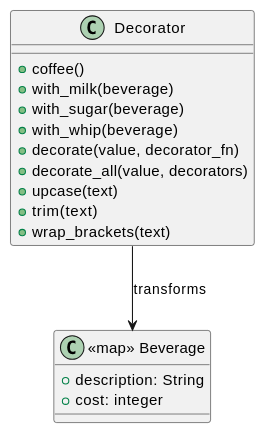
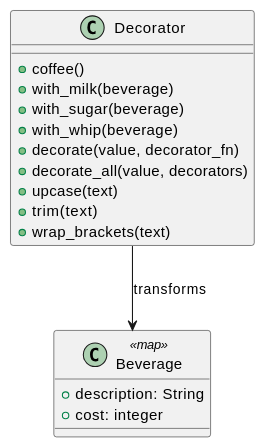
One commit to k2works/getting-started-design-pattern changed the diagram in docs/article/elixir/12-decorator.md. Above: the diagram before and after it, drawn with PlantUML. The commit also changed 73 other files, not shown here.

Commit message:
docs(article): PlantUML 表記と記事ナビゲーションを整理

````diff
--- a/docs/article/elixir/12-decorator.md
+++ b/docs/article/elixir/12-decorator.md
@@ -9,22 +9,22 @@
 ```plantuml
 @startuml
 class "Decorator" as D {
   + coffee()
   + with_milk(beverage)
   + with_sugar(beverage)
   + with_whip(beverage)
   + decorate(value, decorator_fn)
   + decorate_all(value, decorators)
   + upcase(text)
   + trim(text)
   + wrap_brackets(text)
 }
 
-class "<<map>> Beverage" as B {
+class "Beverage" as B <<map>> {
   + description: String
   + cost: integer
 }
 
 D --> B : transforms
 @enduml
 ```
````
